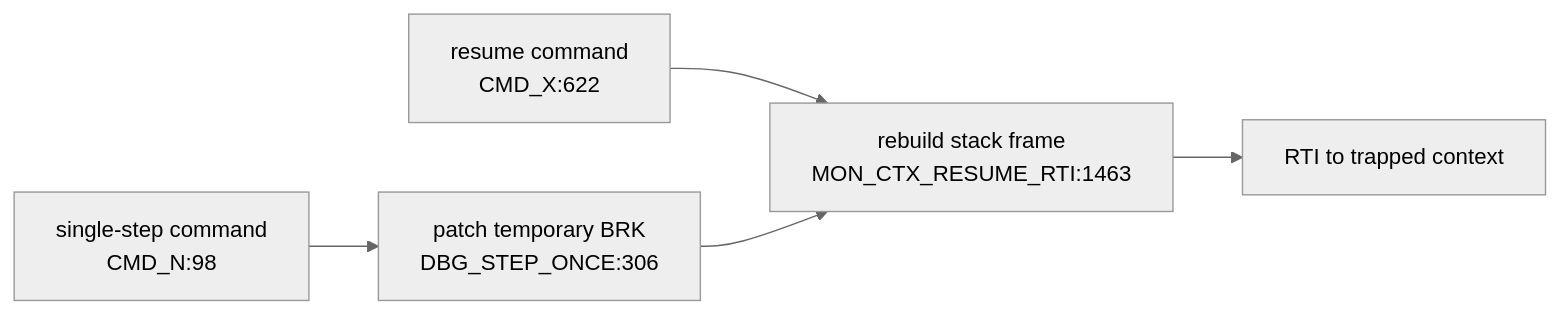
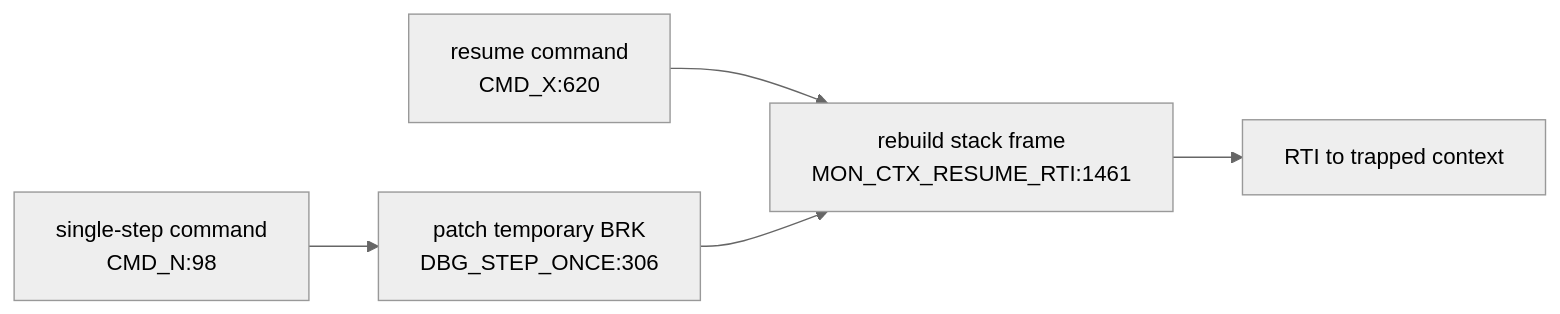
Before and after one commit to 95westus/R-YORS: the sixth of 6 diagrams in DOC/GENERATED/INTERRUPT_VECTOR_MAP.md, drawn with Mermaid (neutral theme). The commit also changed other lines of this file and 29 other files, not shown here.

````diff
--- a/DOC/GENERATED/INTERRUPT_VECTOR_MAP.md
+++ b/DOC/GENERATED/INTERRUPT_VECTOR_MAP.md
@@ -92,7 +92,7 @@
 ```mermaid
 flowchart LR
-    CMDX["resume command<br/>CMD_X:622"] --> RESUME["rebuild stack frame<br/>MON_CTX_RESUME_RTI:1463"]
+    CMDX["resume command<br/>CMD_X:620"] --> RESUME["rebuild stack frame<br/>MON_CTX_RESUME_RTI:1461"]
     CMDN["single-step command<br/>CMD_N:98"] --> STEP["patch temporary BRK<br/>DBG_STEP_ONCE:306"]
     STEP --> RESUME
     RESUME --> RTIRES["RTI to trapped context"]
 ```
````
